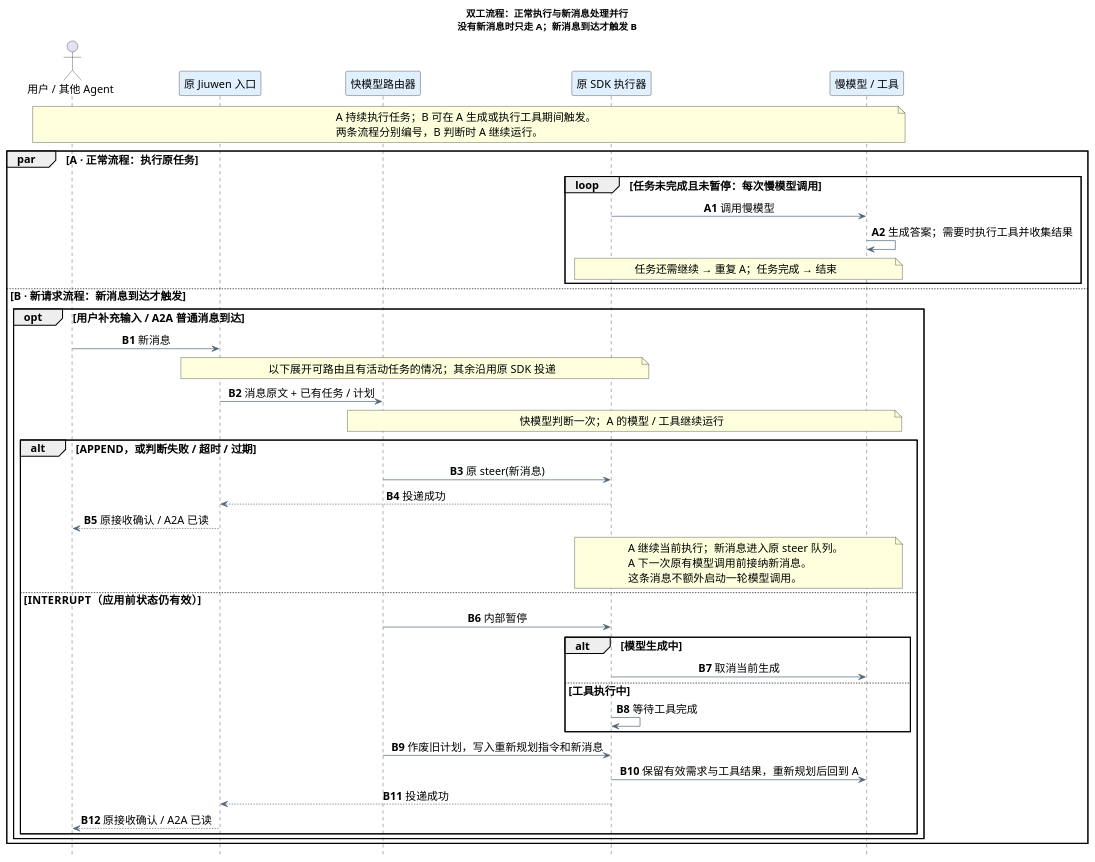
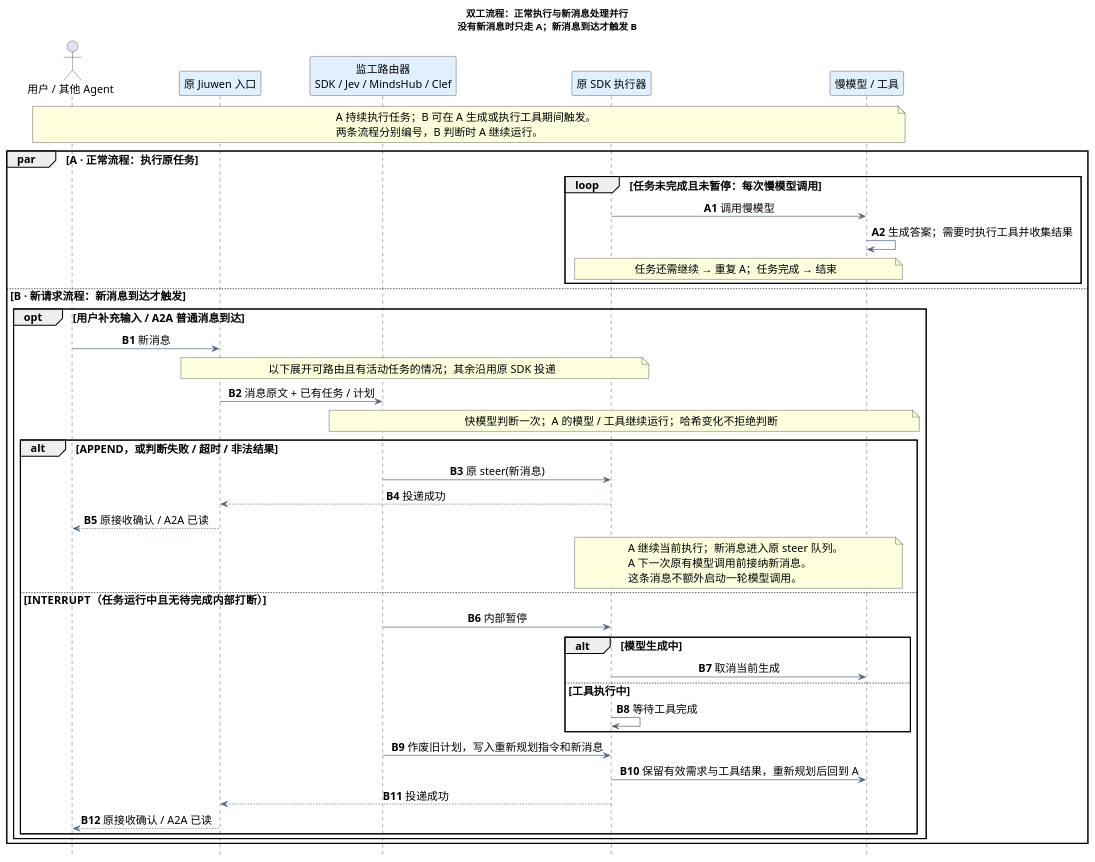
The diagram in docs/diagrams/duplex-routing-flow.puml (openJiuwen-ai/jiuwenswarm), drawn with PlantUML before and after one commit. The commit also changed 39 other files, not shown here.

```diff
--- a/docs/diagrams/duplex-routing-flow.puml
+++ b/docs/diagrams/duplex-routing-flow.puml
@@ -1,59 +1,59 @@
 @startuml duplex-routing-flow
 skinparam defaultFontName Microsoft YaHei
 skinparam defaultFontSize 16
 skinparam shadowing false
 skinparam backgroundColor white
 skinparam sequenceMessageAlign center
 skinparam ArrowColor #52647A
 skinparam ParticipantBackgroundColor #E1F0FF
 hide footbox
 title 双工流程：正常执行与新消息处理并行\n没有新消息时只走 A；新消息到达才触发 B
 actor "用户 / 其他 Agent" as sender
 participant "原 Jiuwen 入口" as inlet
-participant "快模型路由器" as router
+participant "监工路由器\nSDK / Jev / MindsHub / Clef" as router
 participant "原 SDK 执行器" as sdk
 participant "慢模型 / 工具" as slow
 note over sender, slow
   A 持续执行任务；B 可在 A 生成或执行工具期间触发。
   两条流程分别编号，B 判断时 A 继续运行。
 end note
 
 par A · 正常流程：执行原任务
 autonumber 1 "<b>A0</b>"
 loop 任务未完成且未暂停：每次慢模型调用
   sdk -> slow : 调用慢模型
   slow -> slow : 生成答案；需要时执行工具并收集结果
   note over sdk, slow : 任务还需继续 → 重复 A；任务完成 → 结束
 end
 
 else B · 新请求流程：新消息到达才触发
 autonumber 1 "<b>B0</b>"
 opt 用户补充输入 / A2A 普通消息到达
 sender -> inlet : 新消息
 note over inlet, sdk : 以下展开可路由且有活动任务的情况；其余沿用原 SDK 投递
 inlet -> router : 消息原文 + 已有任务 / 计划
-note over router, slow : 快模型判断一次；A 的模型 / 工具继续运行
-alt APPEND，或判断失败 / 超时 / 过期
+note over router, slow : 快模型判断一次；A 的模型 / 工具继续运行；哈希变化不拒绝判断
+alt APPEND，或判断失败 / 超时 / 非法结果
   router -> sdk : 原 steer(新消息)
   sdk --> inlet : 投递成功
   inlet --> sender : 原接收确认 / A2A 已读
   note over sdk, slow
     A 继续当前执行；新消息进入原 steer 队列。
     A 下一次原有模型调用前接纳新消息。
     这条消息不额外启动一轮模型调用。
   end note
-else INTERRUPT（应用前状态仍有效）
+else INTERRUPT（任务运行中且无待完成内部打断）
   router -> sdk : 内部暂停
   alt 模型生成中
     sdk -> slow : 取消当前生成
   else 工具执行中
     sdk -> sdk : 等待工具完成
   end
   router -> sdk : 作废旧计划，写入重新规划指令和新消息
   sdk -> slow : 保留有效需求与工具结果，重新规划后回到 A
   sdk --> inlet : 投递成功
   inlet --> sender : 原接收确认 / A2A 已读
 end
 end
 end
 @enduml
```
